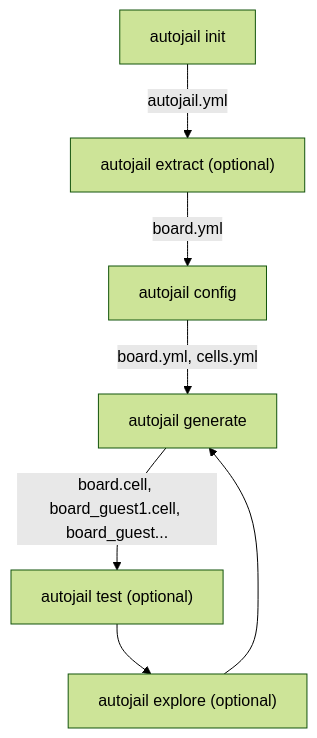
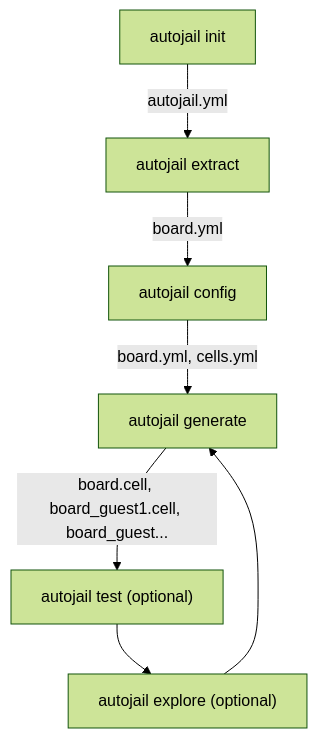
Before and after one commit to ekut-es/autojail: the diagram in doc/overview.md, drawn with Mermaid (forest theme).

````diff
--- a/doc/overview.md
+++ b/doc/overview.md
@@ -5,9 +5,9 @@
 ```mermaid
 graph TD
-  A[autojail init] -->|autojail.yml| B["autojail extract (optional)"];
+  A[autojail init] -->|autojail.yml| B["autojail extract"];
   B -->|board.yml| C["autojail config"];
   C -->|board.yml, cells.yml| D[autojail generate];
   D -->|board.cell, board_guest1.cell, board_guest...| E["autojail test (optional)"];
   E --> F["autojail explore (optional)"];
   F --> D;
 ```
````
